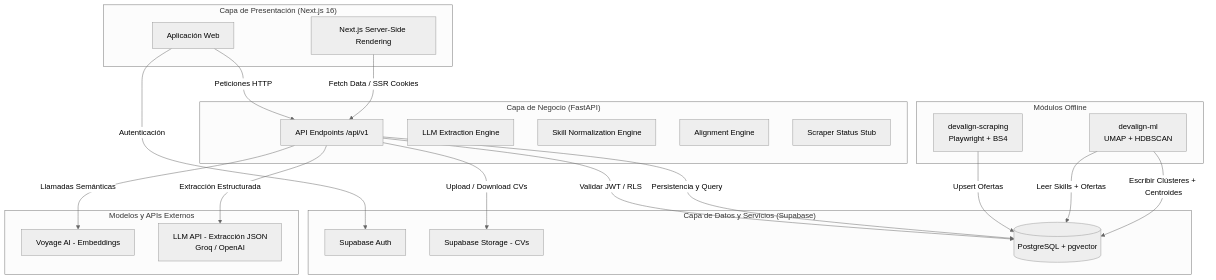
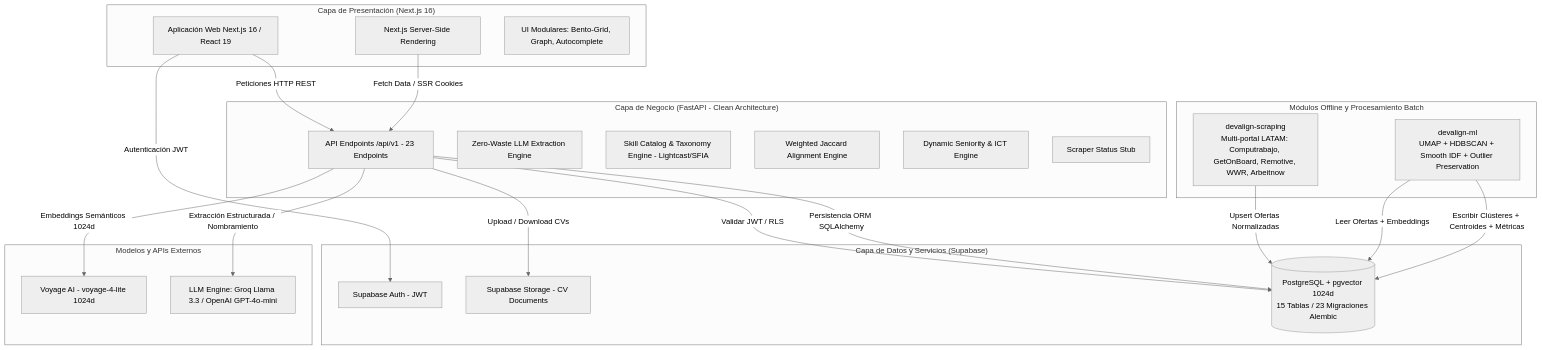
One commit to devalign/devalign-docs changed the first of 3 diagrams in ARCHITECTURE.md. Above: the diagram before and after it, drawn with Mermaid (neutral theme). The commit also changed other lines of this file and 5 other files, not shown here.

Commit message:
docs(architecture): update technical documentation suite to reflect latest codebase state

````diff
--- a/ARCHITECTURE.md
+++ b/ARCHITECTURE.md
@@ -9,43 +11,45 @@
 ```mermaid
 graph TD
     subgraph Cliente ["Capa de Presentación (Next.js 16)"]
-        Web[Aplicación Web]
+        Web[Aplicación Web Next.js 16 / React 19]
         SSR[Next.js Server-Side Rendering]
+        Components[UI Modulares: Bento-Grid, Graph, Autocomplete]
     end
 
-    subgraph Backend ["Capa de Negocio (FastAPI)"]
-        API[API Endpoints /api/v1]
-        Extractor[LLM Extraction Engine]
-        Normalizer[Skill Normalization Engine]
-        Aligner[Alignment Engine]
+    subgraph Backend ["Capa de Negocio (FastAPI - Clean Architecture)"]
+        API[API Endpoints /api/v1 - 23 Endpoints]
+        Extractor[Zero-Waste LLM Extraction Engine]
+        Normalizer[Skill Catalog & Taxonomy Engine - Lightcast/SFIA]
+        Aligner[Weighted Jaccard Alignment Engine]
+        SeniorityCalc[Dynamic Seniority & ICT Engine]
         ScraperAPI[Scraper Status Stub]
     end
 
-    subgraph ML_Offline ["Módulos Offline"]
-        Scraper[devalign-scraping<br>Playwright + BS4]
-        ClusterPipe[devalign-ml<br>UMAP + HDBSCAN]
+    subgraph ML_Offline ["Módulos Offline y Procesamiento Batch"]
+        Scraper[devalign-scraping<br>Multi-portal LATAM: Computrabajo, GetOnBoard, Remotive, WWR, Arbeitnow]
+        ClusterPipe[devalign-ml<br>UMAP + HDBSCAN + Smooth IDF + Outlier Preservation]
     end
 
     subgraph Infraestructura ["Capa de Datos y Servicios (Supabase)"]
-        Auth[Supabase Auth]
-        Storage[Supabase Storage - CVs]
-        DB[(PostgreSQL + pgvector)]
+        Auth[Supabase Auth - JWT]
+        Storage[Supabase Storage - CV Documents]
+        DB[(PostgreSQL + pgvector 1024d<br>15 Tablas / 23 Migraciones Alembic)]
     end
 
     subgraph ML_External ["Modelos y APIs Externos"]
-        Voyage[Voyage AI - Embeddings]
-        LLM[LLM API - Extracción JSON<br>Groq / OpenAI]
+        Voyage[Voyage AI - voyage-4-lite 1024d]
+        LLM[LLM Engine: Groq Llama 3.3 / OpenAI GPT-4o-mini]
     end
 
-    Web -->|Autenticación| Auth
-    Web -->|Peticiones HTTP| API
+    Web -->|Autenticación JWT| Auth
+    Web -->|Peticiones HTTP REST| API
     SSR -->|Fetch Data / SSR Cookies| API
     API -->|Validar JWT / RLS| DB
     API -->|Upload / Download CVs| Storage
-    API -->|Llamadas Semánticas| Voyage
-    API -->|Extracción Estructurada| LLM
-    API -->|Persistencia y Query| DB
-    Scraper -->|Upsert Ofertas| DB
-    ClusterPipe -->|Leer Skills + Ofertas| DB
-    ClusterPipe -->|Escribir Clústeres + Centroides| DB
+    API -->|Embeddings Semánticos 1024d| Voyage
+    API -->|Extracción Estructurada / Nombramiento| LLM
+    API -->|Persistencia ORM SQLAlchemy| DB
+    Scraper -->|Upsert Ofertas Normalizadas| DB
+    ClusterPipe -->|Leer Ofertas + Embeddings| DB
+    ClusterPipe -->|Escribir Clústeres + Centroides + Métricas| DB
 ```
````
